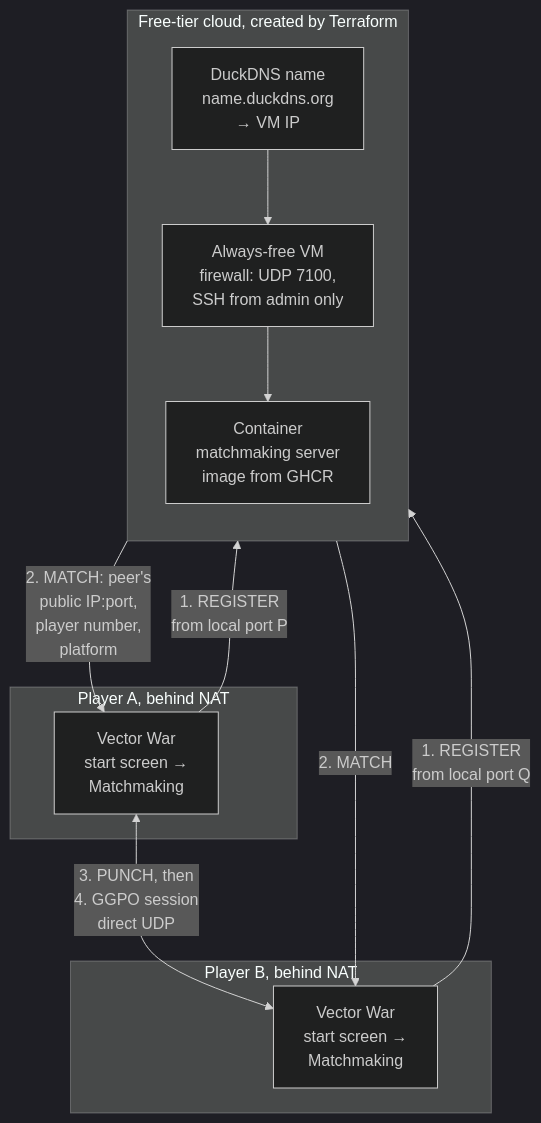
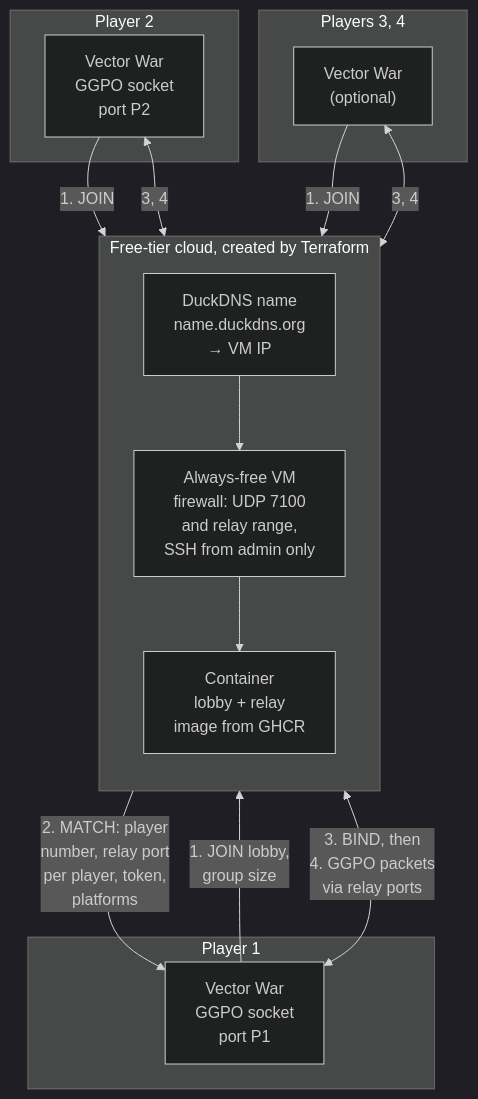
The first of 2 diagrams in doc/planning/2026-11-11-internet_play/TECH_PLAN.md (irregularthanis/ggpo-next), drawn with Mermaid (dark theme) before and after one commit. The commit also changed other lines of this file and 2 other files, not shown here.

First line of the commit message:
docs: switch internet play to a relay with 2-4 player lobbies

````diff
--- a/doc/planning/2026-11-11-internet_play/TECH_PLAN.md
+++ b/doc/planning/2026-11-11-internet_play/TECH_PLAN.md
@@ -43,24 +54,30 @@
 ```mermaid
 flowchart TB
     subgraph CLOUD["Free-tier cloud, created by Terraform"]
         direction TB
         DNS["DuckDNS name<br/>name.duckdns.org<br/>→ VM IP"]
-        VM["Always-free VM<br/>firewall: UDP 7100,<br/>SSH from admin only"]
-        CTR["Container<br/>matchmaking server<br/>image from GHCR"]
+        VM["Always-free VM<br/>firewall: UDP 7100<br/>and relay range,<br/>SSH from admin only"]
+        CTR["Container<br/>lobby + relay<br/>image from GHCR"]
         DNS --> VM --> CTR
     end
 
-    subgraph A["Player A, behind NAT"]
-        VWA["Vector War<br/>start screen →<br/>Matchmaking"]
+    subgraph P1["Player 1"]
+        VW1["Vector War<br/>GGPO socket<br/>port P1"]
     end
 
-    subgraph B["Player B, behind NAT"]
-        VWB["Vector War<br/>start screen →<br/>Matchmaking"]
+    subgraph P2["Player 2"]
+        VW2["Vector War<br/>GGPO socket<br/>port P2"]
     end
 
-    VWA -->|"1. REGISTER<br/>from local port P"| CTR
-    VWB -->|"1. REGISTER<br/>from local port Q"| CTR
-    CTR -->|"2. MATCH: peer's<br/>public IP:port,<br/>player number,<br/>platform"| VWA
-    CTR -->|"2. MATCH"| VWB
-    VWA <-->|"3. PUNCH, then<br/>4. GGPO session<br/>direct UDP"| VWB
+    subgraph PN["Players 3, 4"]
+        VWN["Vector War<br/>(optional)"]
+    end
+
+    VW1 -->|"1. JOIN lobby,<br/>group size"| CTR
+    VW2 -->|"1. JOIN"| CTR
+    VWN -->|"1. JOIN"| CTR
+    CTR -->|"2. MATCH: player<br/>number, relay port<br/>per player, token,<br/>platforms"| VW1
+    VW1 <-->|"3. BIND, then<br/>4. GGPO packets<br/>via relay ports"| CTR
+    VW2 <-->|"3, 4"| CTR
+    VWN <-->|"3, 4"| CTR
 ```
````
